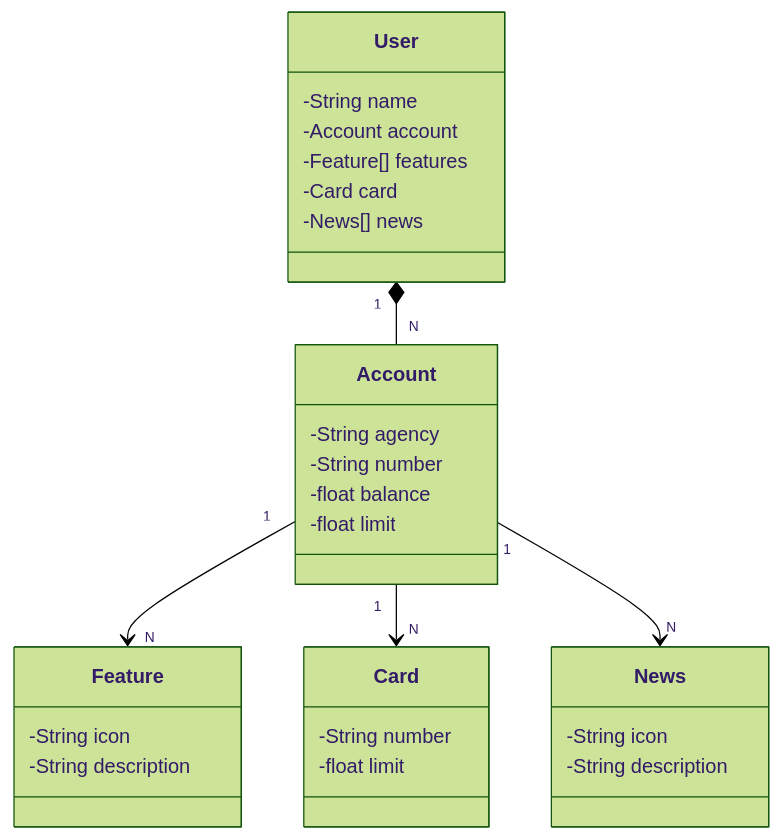
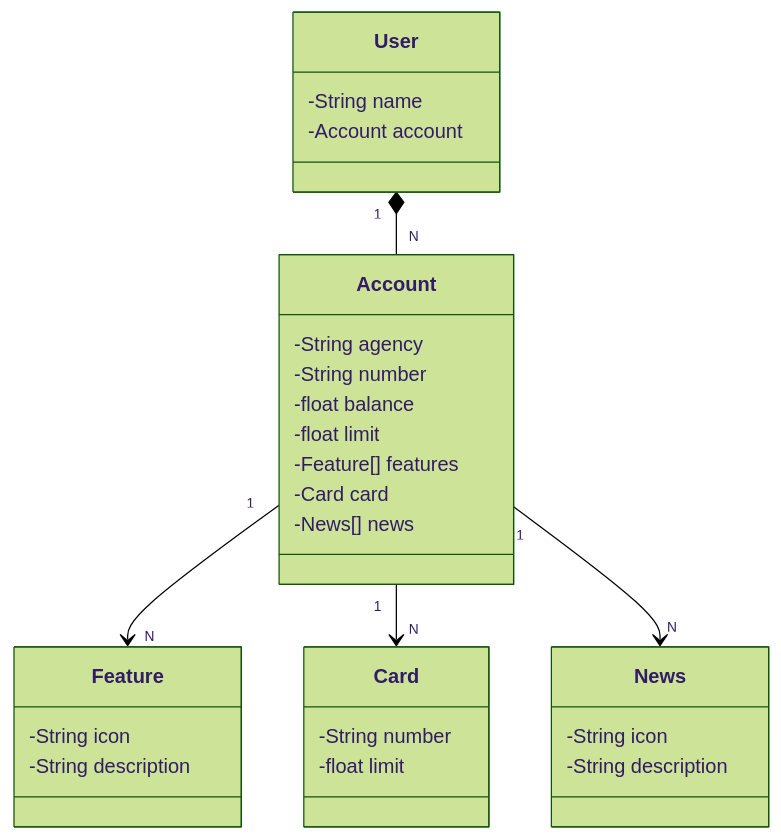
One commit to GuihCastro/lab-apirest-spring changed the diagram in README.md. Above: the diagram before and after it, drawn with Mermaid (forest theme). The commit also changed other lines of this file, not shown here.

````diff
--- a/README.md
+++ b/README.md
@@ -4,37 +4,37 @@
 ```mermaid
 classDiagram
     class User {
         -String name
         -Account account
-        -Feature[] features
-        -Card card
-        -News[] news
     }
 
     class Account {
         -String agency
         -String number
         -float balance
         -float limit
+        -Feature[] features
+        -Card card
+        -News[] news
     }
 
     class Feature {
         -String icon
         -String description
     }
 
     class Card {
         -String number
         -float limit
     }
 
     class News {
         -String icon
         -String description
     }
 
     User "1" *-- "N" Account
     Account "1" --> "N" Feature
     Account "1" --> "N" Card
     Account "1" --> "N" News
 ```
````
